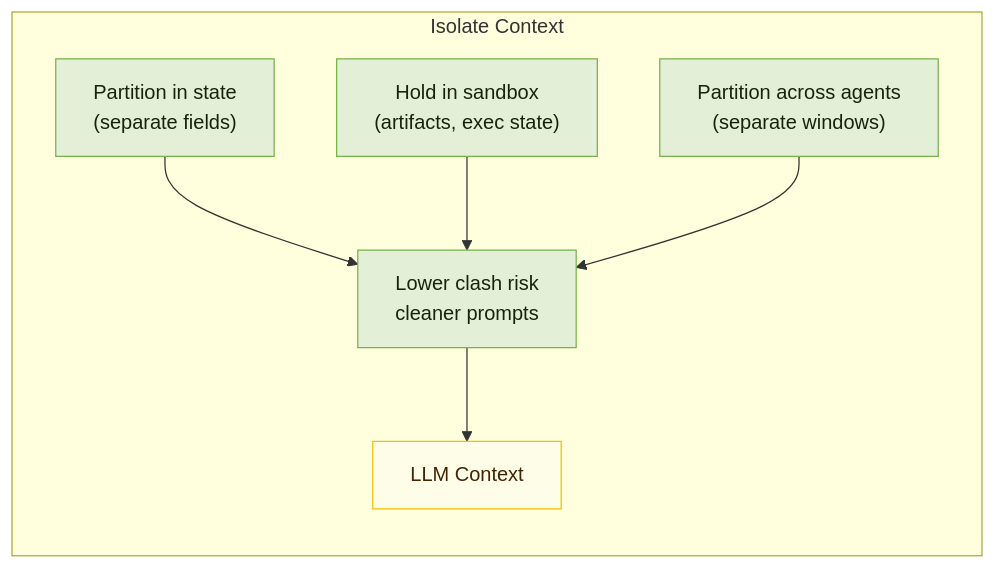
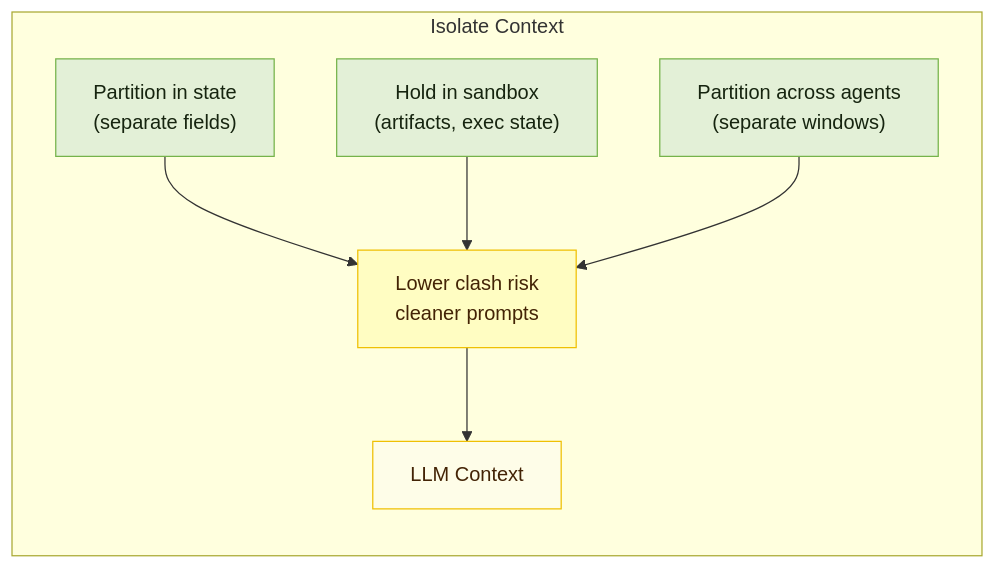
One commit to artreimus/ylang-labs-blog changed the fourth of 13 diagrams in data/blogs/context-engineering-for-ai-agents.mdx. Above: the diagram before and after it, drawn with Mermaid. The commit also changed other lines of this file, not shown here.

`````diff
--- a/data/blogs/context-engineering-for-ai-agents.mdx
+++ b/data/blogs/context-engineering-for-ai-agents.mdx
@@ -110,19 +110,19 @@
 ```mermaid
 flowchart TB
-  classDef primary fill:#e3f0d7,stroke:#75b34a,stroke-width:1px,color:#16240f;
+  classDef primary fill:#fffdc2,stroke:#efc003,stroke-width:1px,color:#432305;
   classDef secondary fill:#e3f0d7,stroke:#75b34a,stroke-width:1px,color:#16240f;
   classDef ctx fill:#fefde8,stroke:#efc003,stroke-width:1px,color:#432305;
 
   subgraph I["Isolate Context"]
     direction TB
     I_CTX["LLM Context"]:::ctx
     I_STATE["Partition in state<br/>(separate fields)"]:::secondary
     I_SBX["Hold in sandbox<br/>(artifacts, exec state)"]:::secondary
     I_MA["Partition across agents<br/>(separate windows)"]:::secondary
     I_OK["Lower clash risk<br/>cleaner prompts"]:::primary
     I_STATE --> I_OK
     I_SBX --> I_OK
     I_MA --> I_OK
     I_OK --> I_CTX
   end
 ````
`````
